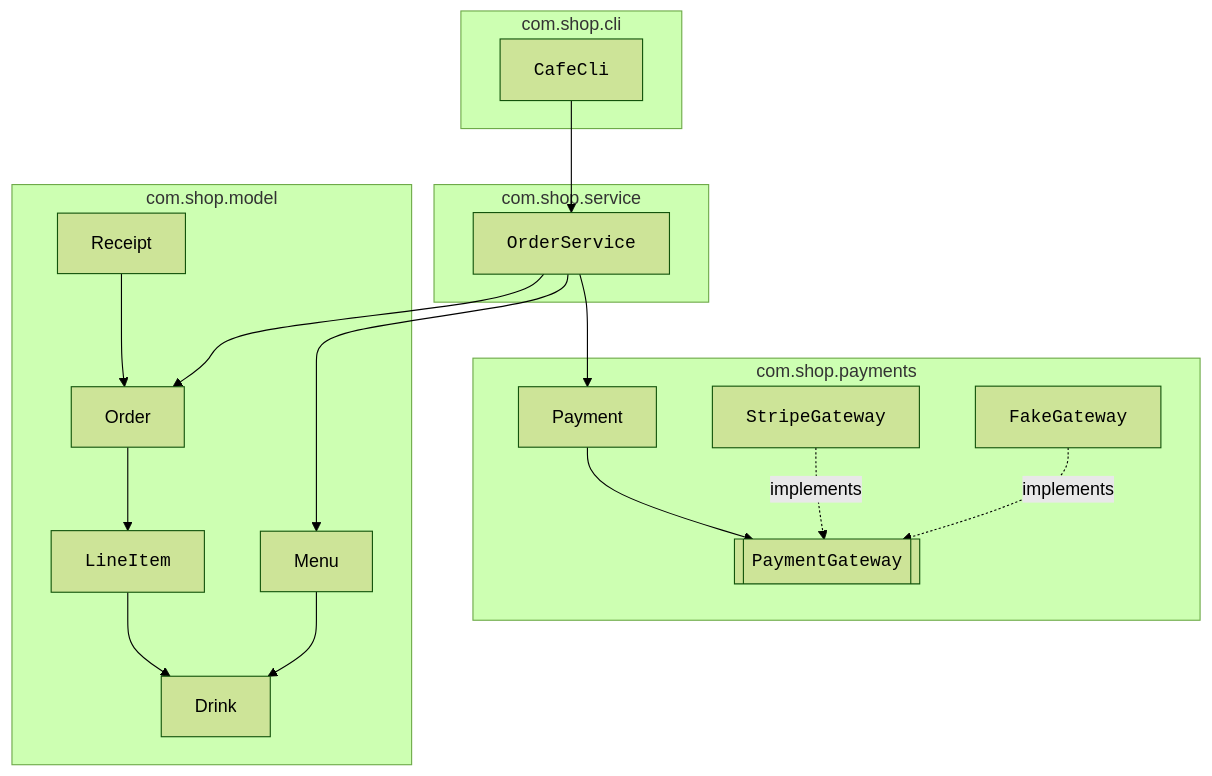
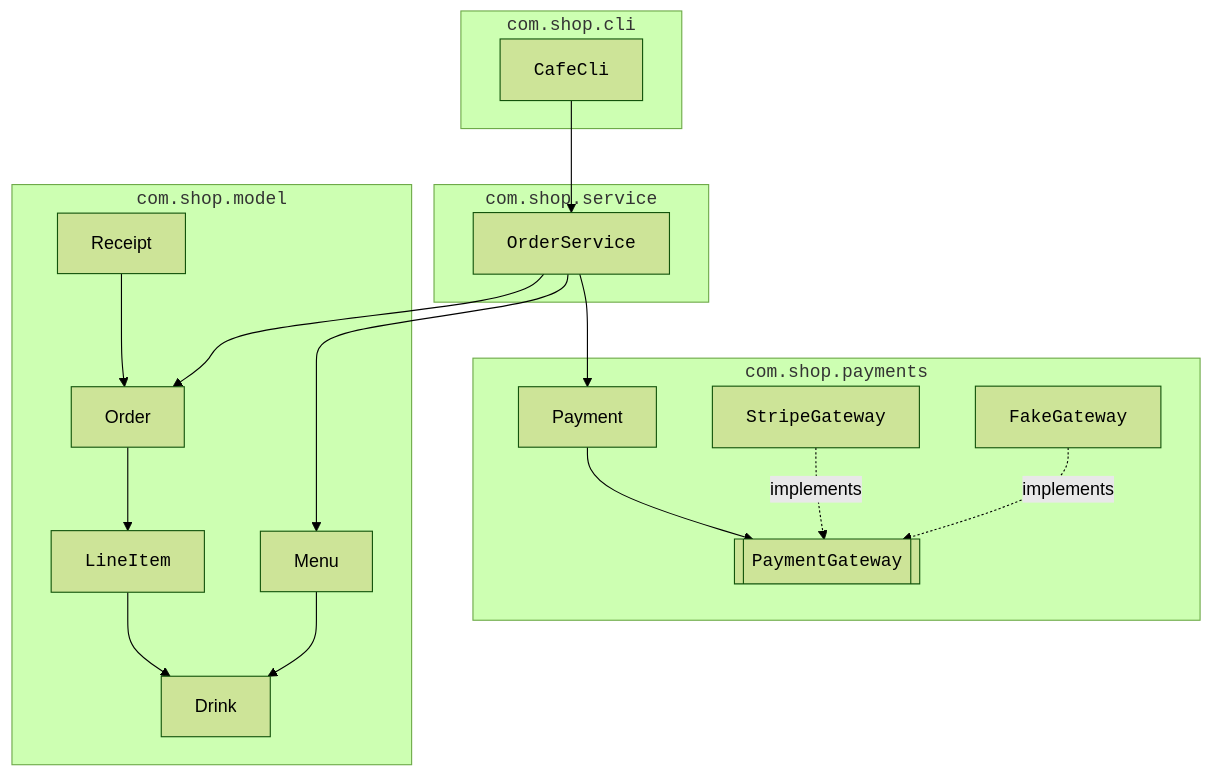
The fourth of 5 diagrams in content/learn/oop-blueprint-java/packages-and-architecture.mdx (dataslope/dataslope), drawn with Mermaid (forest theme) before and after one commit. The commit also changed other lines of this file and 100 other files, not shown here.

First line of the commit message:
Wrap more code in diagram labels: filenames, hex, assignments, subgraph titles

````diff
--- a/content/learn/oop-blueprint-java/packages-and-architecture.mdx
+++ b/content/learn/oop-blueprint-java/packages-and-architecture.mdx
@@ -159,34 +159,34 @@
 ```mermaid
 flowchart TB
-    subgraph cli["com.shop.cli"]
+    subgraph cli["<code>com.shop.cli</code>"]
         CLI["<code>CafeCli</code>"]
     end
-    subgraph service["com.shop.service"]
+    subgraph service["<code>com.shop.service</code>"]
         OS["<code>OrderService</code>"]
     end
-    subgraph model["com.shop.model"]
+    subgraph model["<code>com.shop.model</code>"]
         D[Drink]
         L["<code>LineItem</code>"]
         O[Order]
         R[Receipt]
         M[Menu]
     end
-    subgraph payments["com.shop.payments"]
+    subgraph payments["<code>com.shop.payments</code>"]
         P[Payment]
         I[["<code>PaymentGateway</code>"]]
         S["<code>StripeGateway</code>"]
         F["<code>FakeGateway</code>"]
     end
 
     CLI --> OS
     OS --> O
     OS --> M
     OS --> P
     P --> I
     S -. implements .-> I
     F -. implements .-> I
     O --> L
     L --> D
     M --> D
     R --> O
 ```
````
